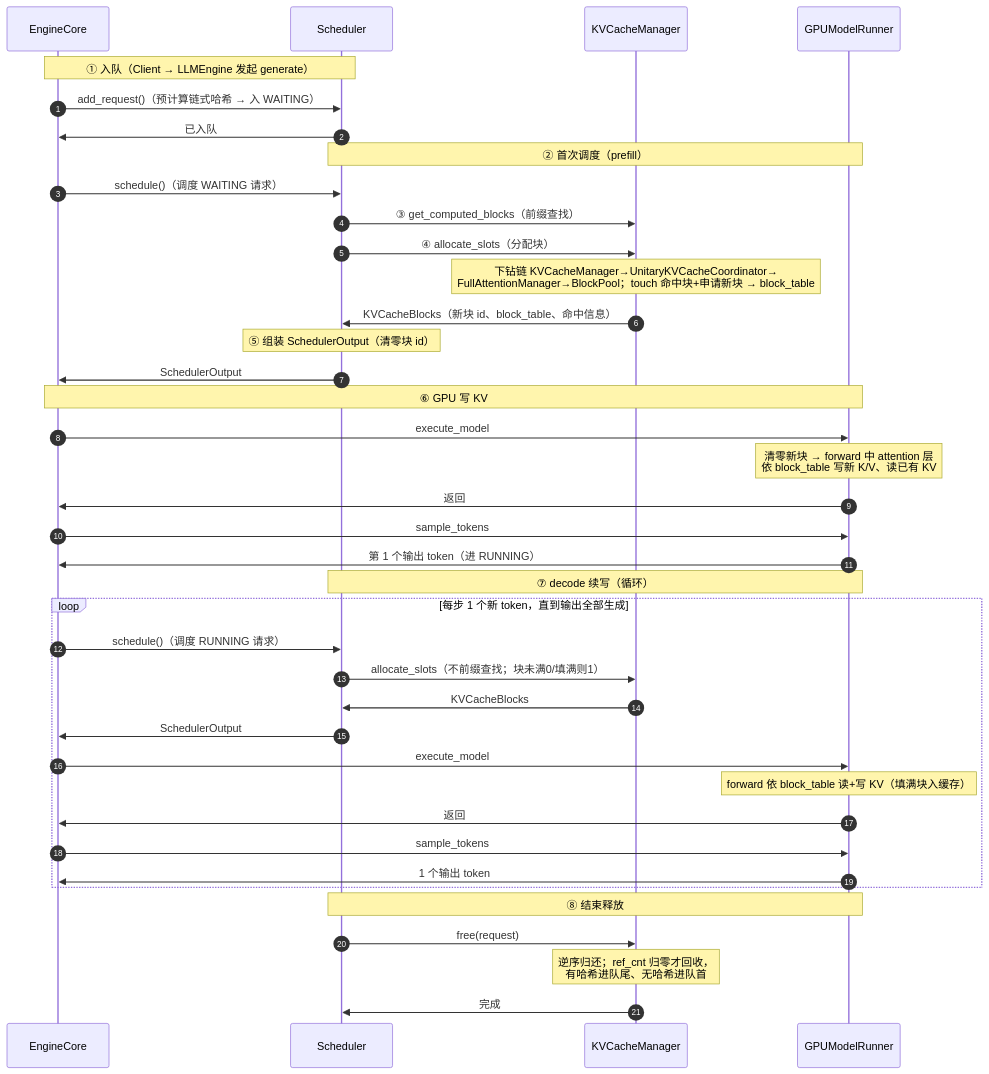
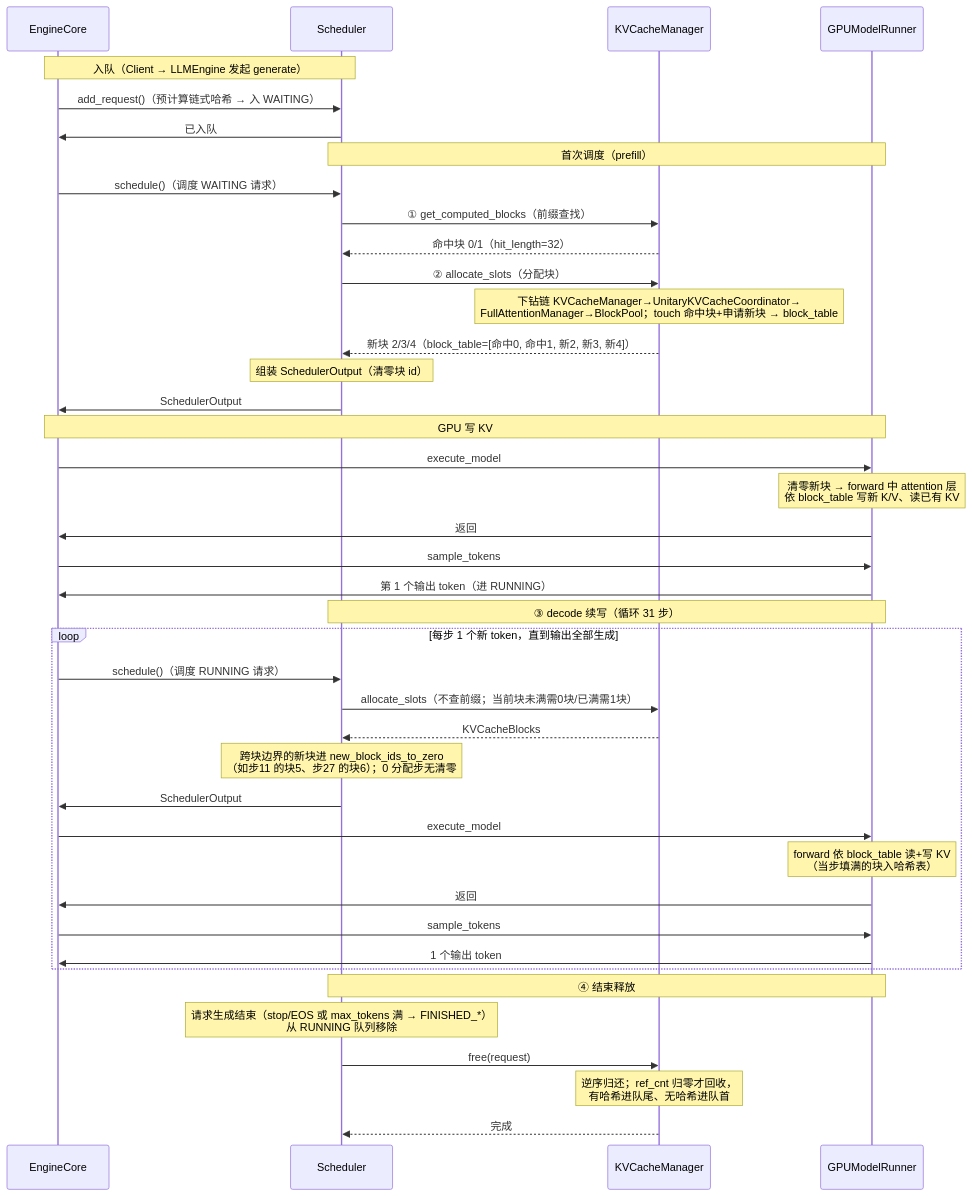
Before and after one commit to GoCHug/vllm: the second of 8 diagrams in vllm/v1/core/kvcache_docs/0_end_to_end_sequence.md, drawn with Mermaid. The commit also changed other lines of this file and 2 other files, not shown here.

````diff
--- a/vllm/v1/core/kvcache_docs/0_end_to_end_sequence.md
+++ b/vllm/v1/core/kvcache_docs/0_end_to_end_sequence.md
@@ -180,47 +185,49 @@
 ```mermaid
 %%{init: {"themeVariables": {"actorFontSize": "11px", "messageFontSize": "11px", "noteFontSize": "11px"}, "sequence": {"actorMargin": 40, "messageMargin": 16, "noteMargin": 8, "boxMargin": 8, "mirrorActors": true}}}%%
 sequenceDiagram
-    autonumber
     participant EngineCore
     participant Scheduler
     participant KVCacheManager
     participant GPUModelRunner
 
-    Note over EngineCore,Scheduler: ① 入队（Client → LLMEngine 发起 generate）
+    Note over EngineCore,Scheduler: 入队（Client → LLMEngine 发起 generate）
     EngineCore->>Scheduler: add_request()（预计算链式哈希 → 入 WAITING）
     Scheduler->>EngineCore: 已入队
 
-    Note over Scheduler,GPUModelRunner: ② 首次调度（prefill）
+    Note over Scheduler,GPUModelRunner: 首次调度（prefill）
     EngineCore->>Scheduler: schedule()（调度 WAITING 请求）
-    Scheduler->>KVCacheManager: ③ get_computed_blocks（前缀查找）
-    Scheduler->>KVCacheManager: ④ allocate_slots（分配块）
+    Scheduler->>KVCacheManager: ① get_computed_blocks（前缀查找）
+    KVCacheManager-->>Scheduler: 命中块 0/1（hit_length=32）
+    Scheduler->>KVCacheManager: ② allocate_slots（分配块）
     Note over KVCacheManager: 下钻链 KVCacheManager→UnitaryKVCacheCoordinator→<br/>FullAttentionManager→BlockPool；touch 命中块+申请新块 → block_table
-    KVCacheManager->>Scheduler: KVCacheBlocks（新块 id、block_table、命中信息）
-    Note over Scheduler: ⑤ 组装 SchedulerOutput（清零块 id）
+    KVCacheManager-->>Scheduler: 新块 2/3/4（block_table=[命中0, 命中1, 新2, 新3, 新4]）
+    Note over Scheduler: 组装 SchedulerOutput（清零块 id）
     Scheduler->>EngineCore: SchedulerOutput
 
-    Note over EngineCore,GPUModelRunner: ⑥ GPU 写 KV
+    Note over EngineCore,GPUModelRunner: GPU 写 KV
     EngineCore->>GPUModelRunner: execute_model
     Note over GPUModelRunner: 清零新块 → forward 中 attention 层<br/>依 block_table 写新 K/V、读已有 KV
     GPUModelRunner->>EngineCore: 返回
     EngineCore->>GPUModelRunner: sample_tokens
     GPUModelRunner->>EngineCore: 第 1 个输出 token（进 RUNNING）
 
-    Note over Scheduler,GPUModelRunner: ⑦ decode 续写（循环）
+    Note over Scheduler,GPUModelRunner: ③ decode 续写（循环 31 步）
     loop 每步 1 个新 token，直到输出全部生成
         EngineCore->>Scheduler: schedule()（调度 RUNNING 请求）
-        Scheduler->>KVCacheManager: allocate_slots（不前缀查找；块未满0/填满则1）
-        KVCacheManager->>Scheduler: KVCacheBlocks
+        Scheduler->>KVCacheManager: allocate_slots（不查前缀；当前块未满需0块/已满需1块）
+        KVCacheManager-->>Scheduler: KVCacheBlocks
+        Note over Scheduler: 跨块边界的新块进 new_block_ids_to_zero<br/>（如步11 的块5、步27 的块6）；0 分配步无清零
         Scheduler->>EngineCore: SchedulerOutput
         EngineCore->>GPUModelRunner: execute_model
-        Note over GPUModelRunner: forward 依 block_table 读+写 KV（填满块入缓存）
+        Note over GPUModelRunner: forward 依 block_table 读+写 KV<br/>（当步填满的块入哈希表）
         GPUModelRunner->>EngineCore: 返回
         EngineCore->>GPUModelRunner: sample_tokens
         GPUModelRunner->>EngineCore: 1 个输出 token
     end
 
-    Note over Scheduler,GPUModelRunner: ⑧ 结束释放
+    Note over Scheduler,GPUModelRunner: ④ 结束释放
+    Note over Scheduler: 请求生成结束（stop/EOS 或 max_tokens 满 → FINISHED_*）<br/>从 RUNNING 队列移除
     Scheduler->>KVCacheManager: free(request)
     Note over KVCacheManager: 逆序归还；ref_cnt 归零才回收，<br/>有哈希进队尾、无哈希进队首
-    KVCacheManager->>Scheduler: 完成
+    KVCacheManager-->>Scheduler: 完成
 ```
````
